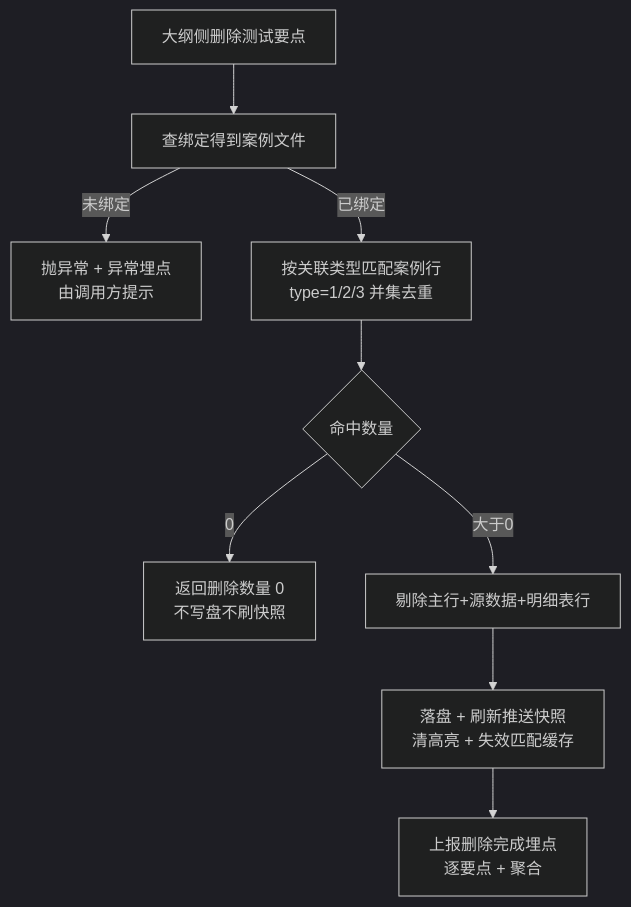
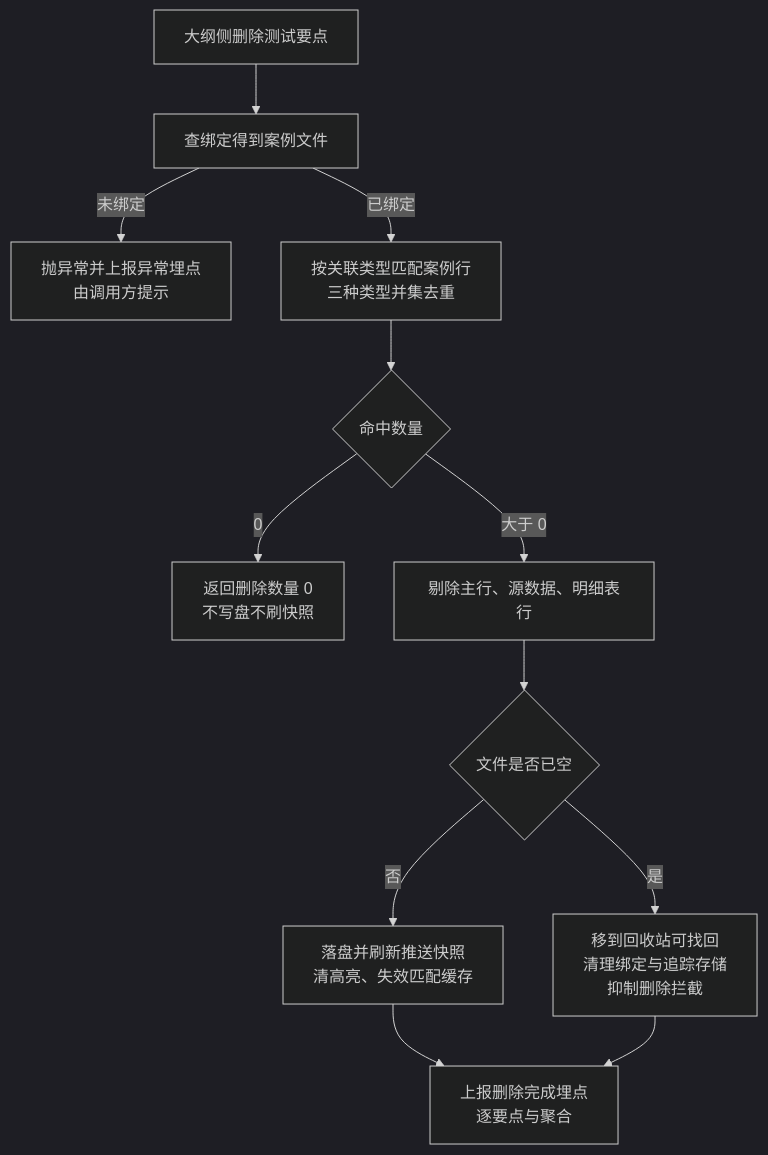
The fourth of 4 diagrams in docs/requirements/删除案例功能需求.md (IvyCloudy/workbench), drawn with Mermaid (dark theme) before and after one commit. The commit also changed other lines of this file and 3 other files, not shown here.

````diff
--- a/docs/requirements/删除案例功能需求.md
+++ b/docs/requirements/删除案例功能需求.md
@@ -313,11 +320,14 @@
 ```mermaid
 flowchart TD
-    A[大纲侧删除测试要点] --> B[查绑定得到案例文件]
-    B -- 未绑定 --> E1[抛异常 + 异常埋点<br/>由调用方提示]
-    B -- 已绑定 --> C[按关联类型匹配案例行<br/>type=1/2/3 并集去重]
-    C --> D{命中数量}
-    D -- 0 --> Z[返回删除数量 0<br/>不写盘不刷快照]
-    D -- 大于0 --> F[剔除主行+源数据+明细表行]
-    F --> G[落盘 + 刷新推送快照<br/>清高亮 + 失效匹配缓存]
-    G --> H[上报删除完成埋点<br/>逐要点 + 聚合]
+    A["大纲侧删除测试要点"] --> B["查绑定得到案例文件"]
+    B -- 未绑定 --> E1["抛异常并上报异常埋点<br/>由调用方提示"]
+    B -- 已绑定 --> C["按关联类型匹配案例行<br/>三种类型并集去重"]
+    C --> D{"命中数量"}
+    D -- 0 --> Z["返回删除数量 0<br/>不写盘不刷快照"]
+    D -- 大于 0 --> F["剔除主行、源数据、明细表行"]
+    F --> R{"文件是否已空"}
+    R -- 否 --> G["落盘并刷新推送快照<br/>清高亮、失效匹配缓存"]
+    R -- 是 --> F4["移到回收站可找回<br/>清理绑定与追踪存储<br/>抑制删除拦截"]
+    G --> H["上报删除完成埋点<br/>逐要点与聚合"]
+    F4 --> H
 ```
````
